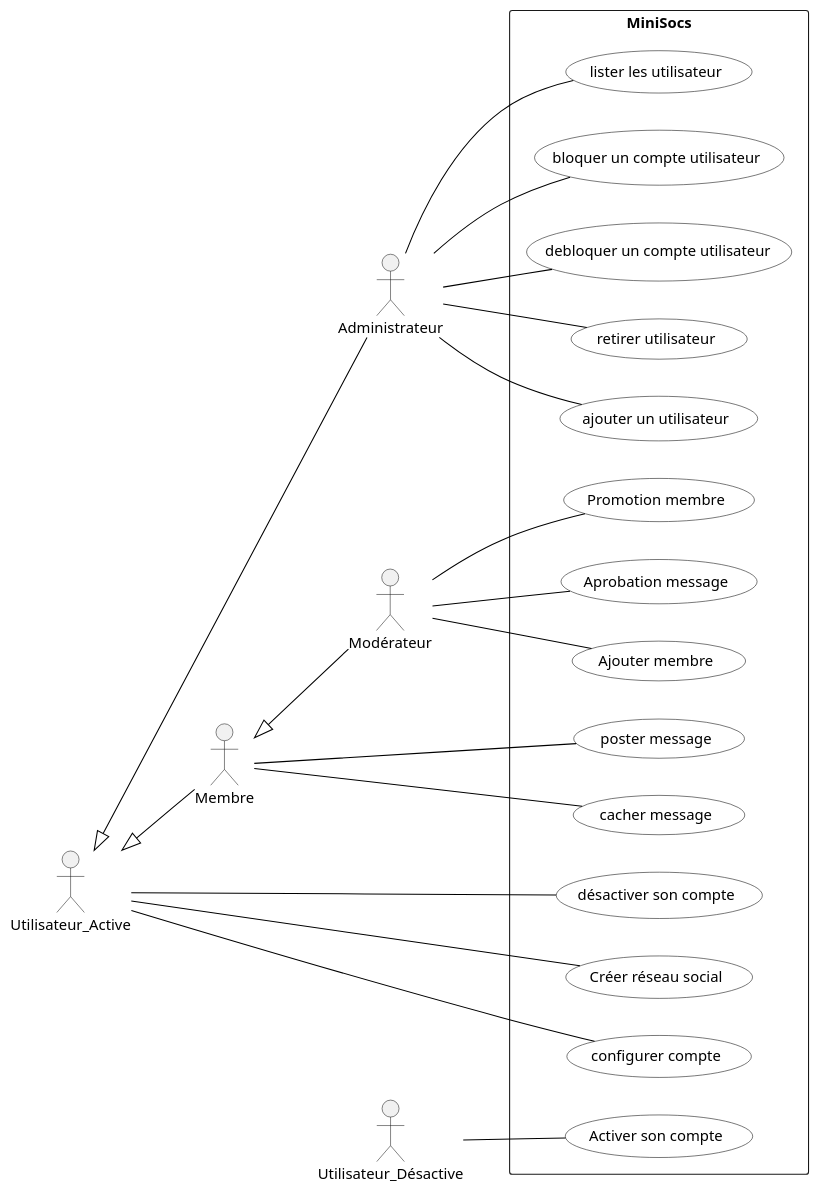
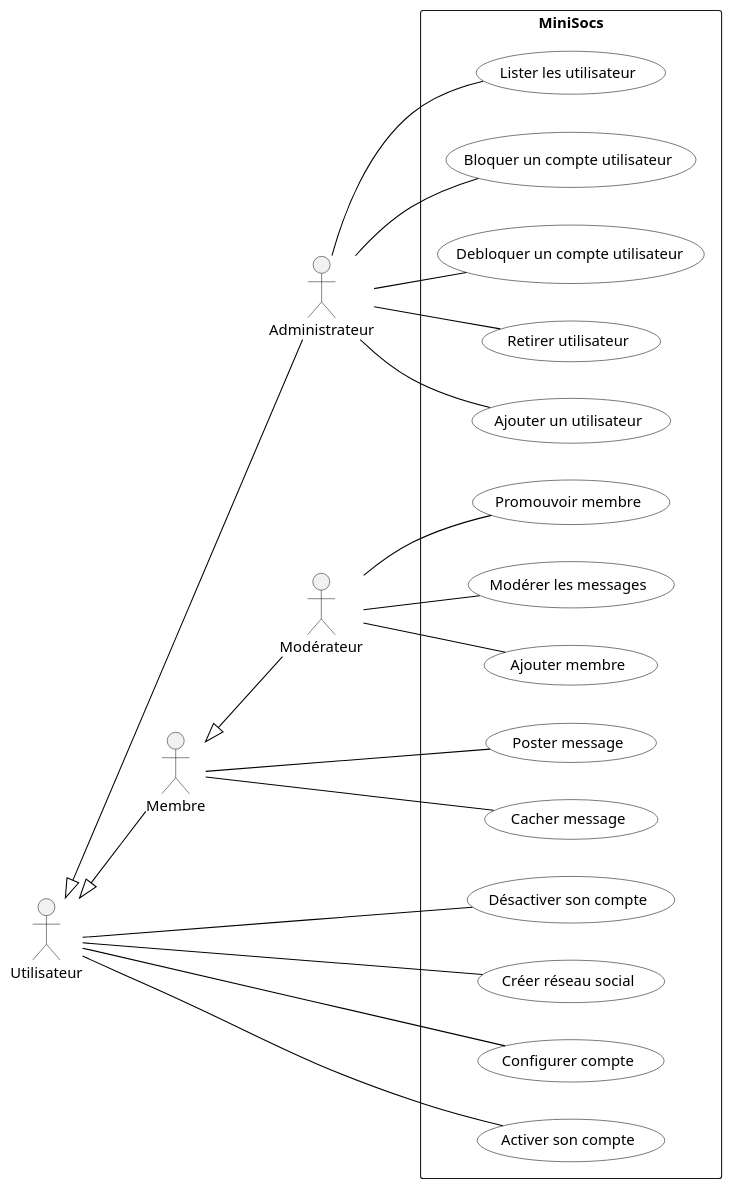
One commit to yesminete/MiniSocs changed the diagram in Diagrammes/minisocs_uml_diag_cas_utilisation.pu. Above: the diagram before and after it, drawn with PlantUML. The commit also changed 2 other files, not shown here.

Commit message:
Diagramme cas d'utilisation modifié postcondtion precondition tables de décision

```diff
--- a/Diagrammes/minisocs_uml_diag_cas_utilisation.pu
+++ b/Diagrammes/minisocs_uml_diag_cas_utilisation.pu
@@ -1,43 +1,42 @@
 @startuml
 
 'Diagramme de cas d'utilisation (PlantUML)'
 
 'Configuration charte graphique'
 skinparam usecase {
 BackgroundColor White
 BorderColor Black
 ArrowColor Black
 ActorBackgroundColor<< Human >> Gold
 }
 
 left to right direction
 
 'Déclaration des acteurs :'
 actor Administrateur
-actor Utilisateur_Active
-Utilisateur_Active <|-- Administrateur
+actor Utilisateur
+Utilisateur <|-- Administrateur
 actor Membre
 actor Modérateur
-actor Utilisateur_Désactive
-Utilisateur_Active <|-- Membre
+Utilisateur <|-- Membre
 Membre <|-- Modérateur
 
 
 'Déclaration des cas d'utilisation dans le système'
 rectangle "MiniSocs" {
-:Administrateur: -- (ajouter un utilisateur)
-:Administrateur: -- (lister les utilisateur)
-:Administrateur: -- (bloquer un compte utilisateur)
-:Administrateur: --(debloquer un compte utilisateur)
-:Administrateur: --(retirer utilisateur)
-:Utilisateur_Active:    -- (désactiver son compte)
-:Utilisateur_Active: --(Créer réseau social)
-:Utilisateur_Active: --(configurer compte)
-:Membre: --(poster message)
-:Membre: --(cacher message)
+:Administrateur: -- (Ajouter un utilisateur)
+:Administrateur: -- (Lister les utilisateur)
+:Administrateur: -- (Bloquer un compte utilisateur)
+:Administrateur: --(Debloquer un compte utilisateur)
+:Administrateur: --(Retirer utilisateur)
+:Utilisateur:    -- (Désactiver son compte)
+:Utilisateur: --(Créer réseau social)
+:Utilisateur: --(Configurer compte)
+:Membre: --(Poster message)
+:Membre: --(Cacher message)
 :Modérateur: --(Ajouter membre)
-:Modérateur: --(Promotion membre)
-:Modérateur: --(Aprobation message)
-:Utilisateur_Désactive: --(Activer son compte)
+:Modérateur: --(Promouvoir membre)
+:Modérateur: --(Modérer les messages)
+:Utilisateur: --(Activer son compte)
 
 @enduml
```
